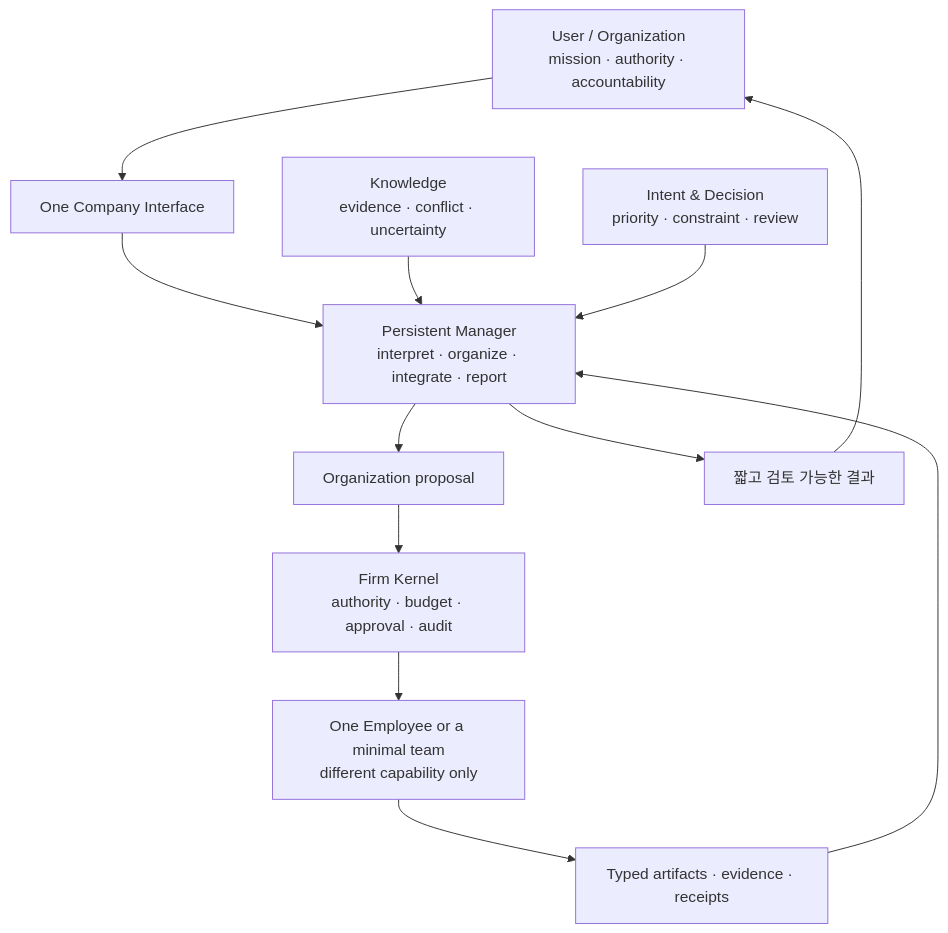
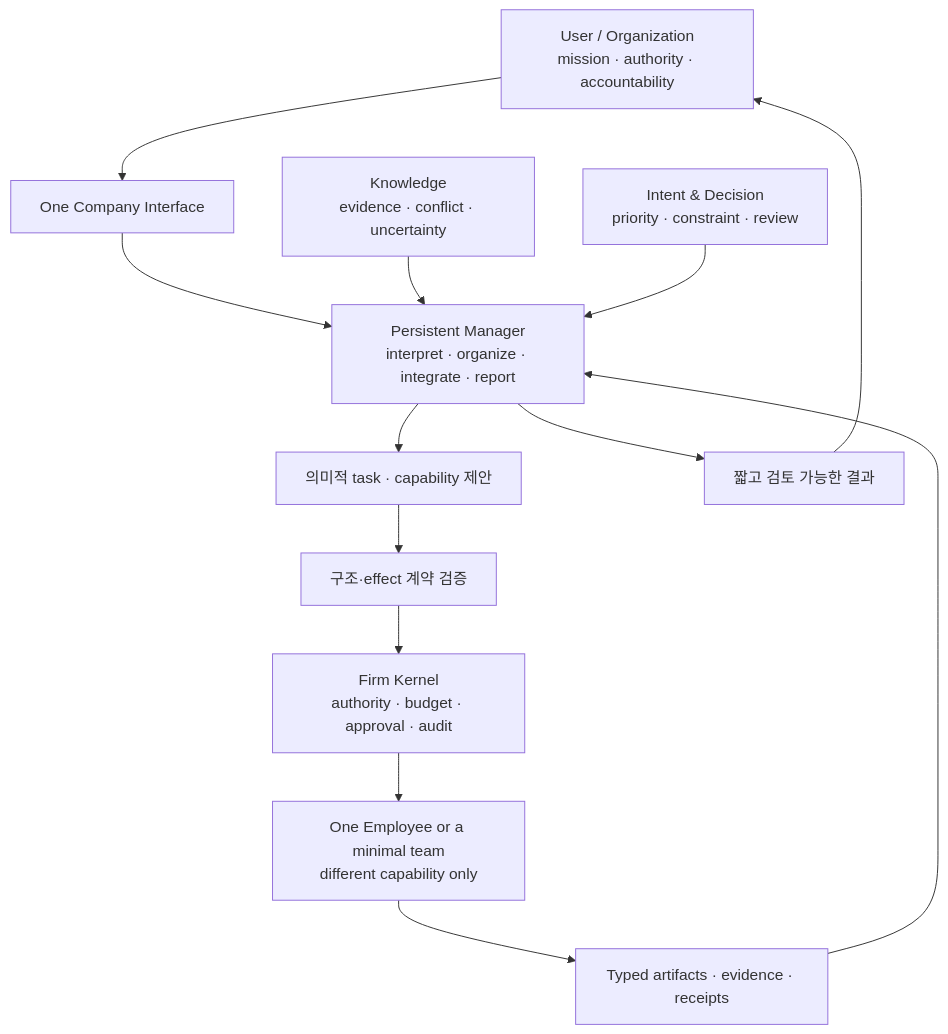
The first of 3 diagrams in docs/ko/01-dynamic-firm-runtime.md (j6t22t4gy4-spec/noruct), drawn with Mermaid before and after one commit. The commit also changed other lines of this file and 5 other files, not shown here.

````diff
--- a/docs/ko/01-dynamic-firm-runtime.md
+++ b/docs/ko/01-dynamic-firm-runtime.md
@@ -63,14 +70,15 @@
 ```mermaid
 flowchart TB
   U["User / Organization\nmission · authority · accountability"] --> F["One Company Interface"]
   F --> M["Persistent Manager\ninterpret · organize · integrate · report"]
   K["Knowledge\nevidence · conflict · uncertainty"] --> M
   I["Intent & Decision\npriority · constraint · review"] --> M
 
-  M --> P["Organization proposal"]
-  P --> C["Firm Kernel\nauthority · budget · approval · audit"]
+  M --> P["의미적 task · capability 제안"]
+  P --> V["구조·effect 계약 검증"]
+  V --> C["Firm Kernel\nauthority · budget · approval · audit"]
   C --> E["One Employee or a minimal team\ndifferent capability only"]
   E --> A["Typed artifacts · evidence · receipts"]
   A --> M
   M --> R["짧고 검토 가능한 결과"] --> U
 ```
````
